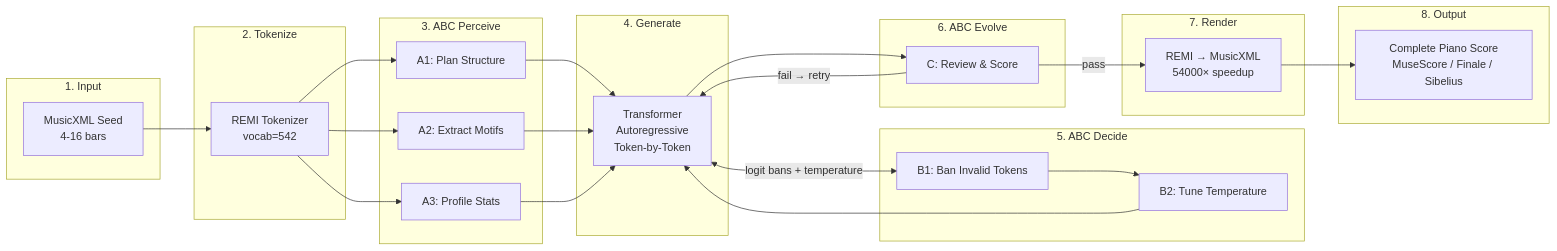
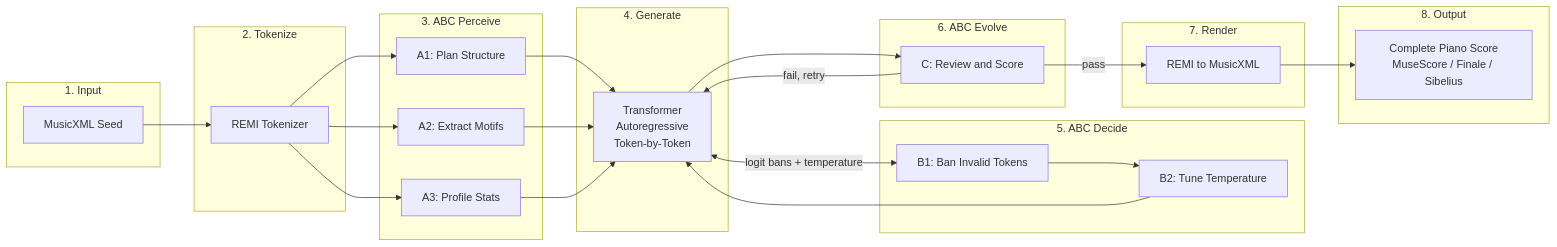
Before and after one commit to Derancarls/Chopinote-AI: the fourth of 12 diagrams in README.md, drawn with Mermaid. The commit also changed other lines of this file, not shown here.

Commit message:
v0.3.3-pre2: fix Mermaid syntax, remove LMDB/data-pipeline from README

````diff
--- a/README.md
+++ b/README.md
@@ -153,52 +140,52 @@
 ```mermaid
 flowchart LR
     subgraph "1. Input"
-        MX[MusicXML Seed<br/>4-16 bars]
+        MX["MusicXML Seed"]
     end
 
     subgraph "2. Tokenize"
-        REMI[REMI Tokenizer<br/>vocab=542]
+        REMI["REMI Tokenizer"]
     end
 
     subgraph "3. ABC Perceive"
-        A1[A1: Plan Structure]
-        A2[A2: Extract Motifs]
-        A3[A3: Profile Stats]
+        A1["A1: Plan Structure"]
+        A2["A2: Extract Motifs"]
+        A3["A3: Profile Stats"]
     end
 
     subgraph "4. Generate"
         GEN["Transformer<br/>Autoregressive<br/>Token-by-Token"]
     end
 
     subgraph "5. ABC Decide"
-        B1[B1: Ban Invalid Tokens]
-        B2[B2: Tune Temperature]
+        B1["B1: Ban Invalid Tokens"]
+        B2["B2: Tune Temperature"]
     end
 
     subgraph "6. ABC Evolve"
-        C1[C: Review & Score]
+        C1["C: Review and Score"]
     end
 
     subgraph "7. Render"
-        RENDER[REMI → MusicXML<br/>54000× speedup]
+        RENDER["REMI to MusicXML"]
     end
 
     subgraph "8. Output"
-        OUT[Complete Piano Score<br/>MuseScore / Finale / Sibelius]
+        OUT["Complete Piano Score<br/>MuseScore / Finale / Sibelius"]
     end
 
     MX --> REMI
     REMI --> A1
     REMI --> A2
     REMI --> A3
     A1 --> GEN
     A2 --> GEN
     A3 --> GEN
     GEN <-->|"logit bans + temperature"| B1
     B1 --> B2
     B2 --> GEN
     GEN --> C1
     C1 -->|"pass"| RENDER
-    C1 -->|"fail → retry"| GEN
+    C1 -->|"fail, retry"| GEN
     RENDER --> OUT
 ```
````
